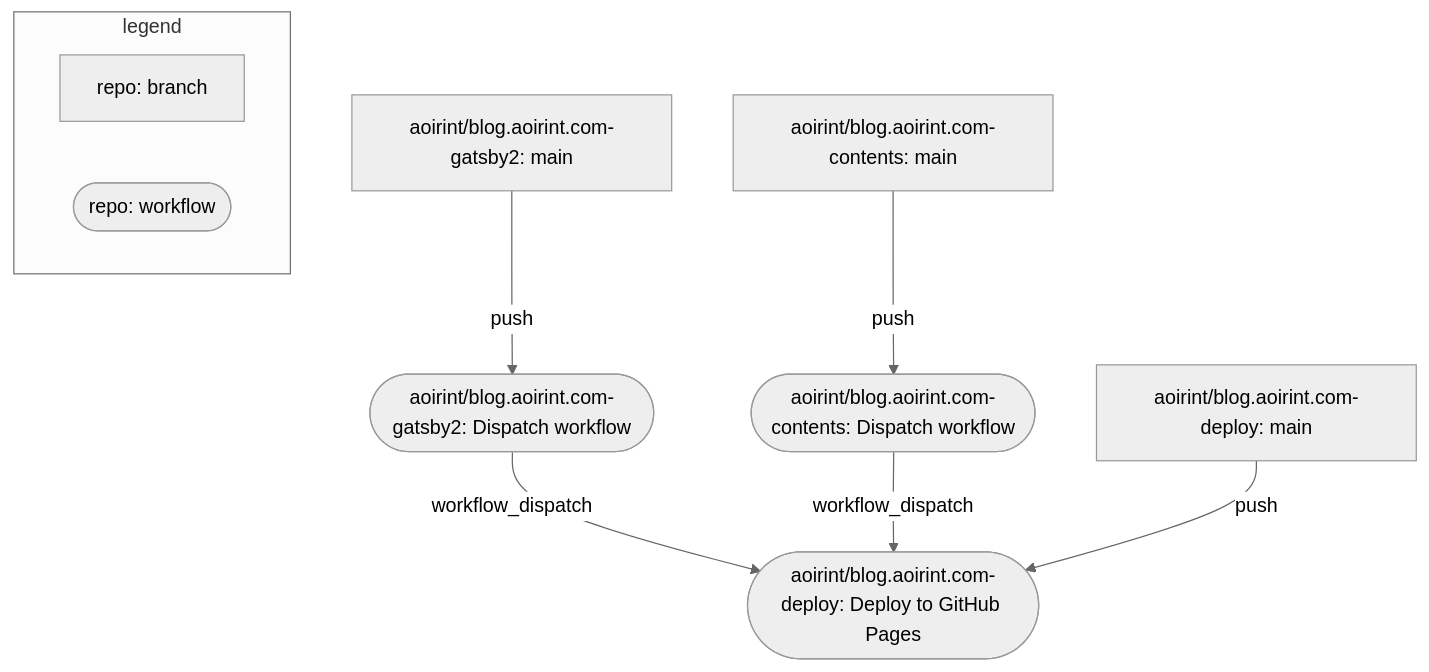
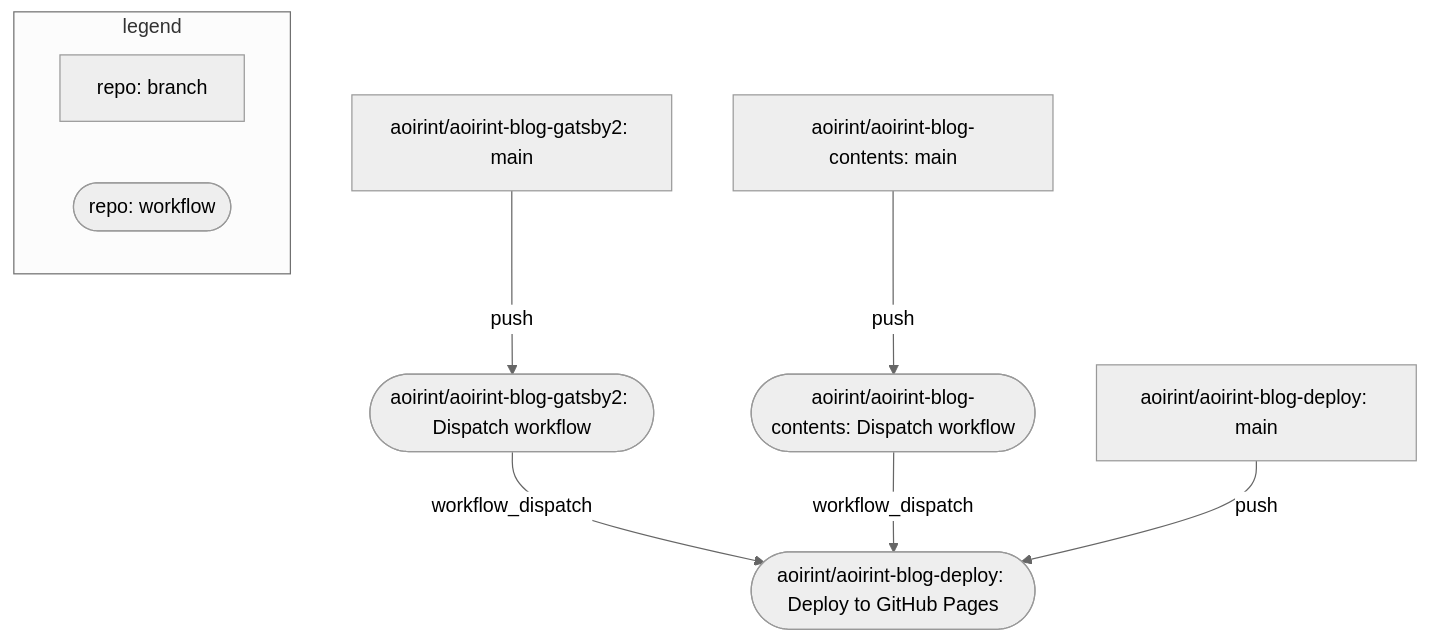
Before and after one commit to aoirint/aoirint-blog-deploy: the diagram in README.md, drawn with Mermaid (neutral theme). The commit also changed other lines of this file and 1 other file, not shown here.

Commit message:
Rename repository (#15)
* README.md: update heading

* ci: update repository reference

* README.md: update repo link

````diff
--- a/README.md
+++ b/README.md
@@ -12,12 +12,12 @@
 ```mermaid
 flowchart TB
     subgraph legend
         branch[repo: branch]
         workflow([repo: workflow])
     end
-    gatsby[aoirint/blog.aoirint.com-gatsby2: main]--push-->gatsby-dispatch
-    gatsby-dispatch([aoirint/blog.aoirint.com-gatsby2: Dispatch workflow])--workflow_dispatch-->deploy([aoirint/blog.aoirint.com-deploy: Deploy to GitHub Pages])
-    contents[aoirint/blog.aoirint.com-contents: main]--push-->contents-dispatch
-    contents-dispatch([aoirint/blog.aoirint.com-contents: Dispatch workflow])--workflow_dispatch-->deploy
-    this[aoirint/blog.aoirint.com-deploy: main]--push-->deploy
+    gatsby[aoirint/aoirint-blog-gatsby2: main]--push-->gatsby-dispatch
+    gatsby-dispatch([aoirint/aoirint-blog-gatsby2: Dispatch workflow])--workflow_dispatch-->deploy([aoirint/aoirint-blog-deploy: Deploy to GitHub Pages])
+    contents[aoirint/aoirint-blog-contents: main]--push-->contents-dispatch
+    contents-dispatch([aoirint/aoirint-blog-contents: Dispatch workflow])--workflow_dispatch-->deploy
+    this[aoirint/aoirint-blog-deploy: main]--push-->deploy
 ```
````
